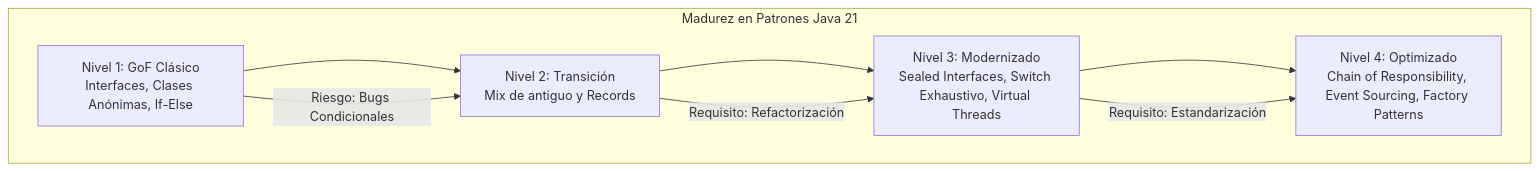
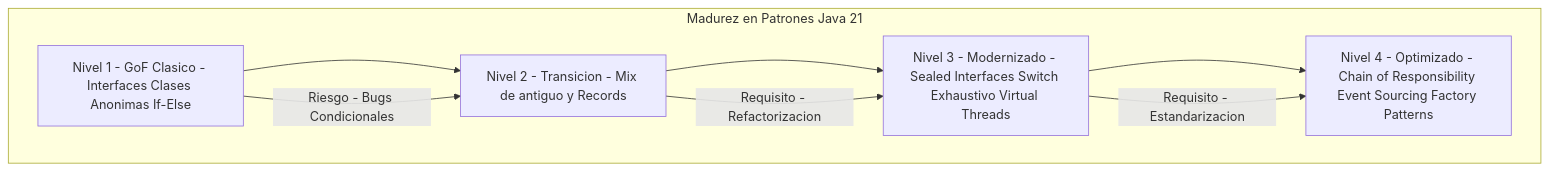
The fourth of 4 diagrams in 01_Java_Core/patrones_strategy_y_observer_en_java_21:_implementación_con_sealed_interfaces,_pattern_matching_sobre_records_y_desacoplamiento_funcional_sin_efectos_secundarios_STAFF.md (Joaquinriosheredia/DAM-Java-Mastery), drawn with Mermaid before and after one commit. The commit also changed other lines of this file, not shown here.

Commit message:
patrones_strategy_y_observer_en_java_21:_implementación_con_sealed_interfaces,_pattern_matching_sobre_records_y_desacoplamiento_funcional_sin_efectos_secundarios_STAFF.md

````diff
--- a/01_Java_Core/patrones_strategy_y_observer_en_java_21:_implementación_con_sealed_interfaces,_pattern_matching_sobre_records_y_desacoplamiento_funcional_sin_efectos_secundarios_STAFF.md
+++ b/01_Java_Core/patrones_strategy_y_observer_en_java_21:_implementación_con_sealed_interfaces,_pattern_matching_sobre_records_y_desacoplamiento_funcional_sin_efectos_secundarios_STAFF.md
@@ -448,13 +650,13 @@
 ```mermaid
 graph TD
     subgraph "Madurez en Patrones Java 21"
-        L1[Nivel 1: GoF Clásico<br>Interfaces, Clases Anónimas, If-Else] --> L2
-        L2[Nivel 2: Transición<br>Mix de antiguo y Records] --> L3
-        L3[Nivel 3: Modernizado<br>Sealed Interfaces, Switch Exhaustivo, Virtual Threads] --> L4
-        L4[Nivel 4: Optimizado<br>Chain of Responsibility, Event Sourcing, Factory Patterns]
+        L1[Nivel 1 - GoF Clasico - Interfaces Clases Anonimas If-Else] --> L2
+        L2[Nivel 2 - Transicion - Mix de antiguo y Records] --> L3
+        L3[Nivel 3 - Modernizado - Sealed Interfaces Switch Exhaustivo Virtual Threads] --> L4
+        L4[Nivel 4 - Optimizado - Chain of Responsibility Event Sourcing Factory Patterns]
     end
     
-    L1 -->|Riesgo: Bugs Condicionales| L2
-    L2 -->|Requisito: Refactorización| L3
-    L3 -->|Requisito: Estandarización| L4
+    L1 -->|Riesgo - Bugs Condicionales| L2
+    L2 -->|Requisito - Refactorizacion| L3
+    L3 -->|Requisito - Estandarizacion| L4
 ```
````
